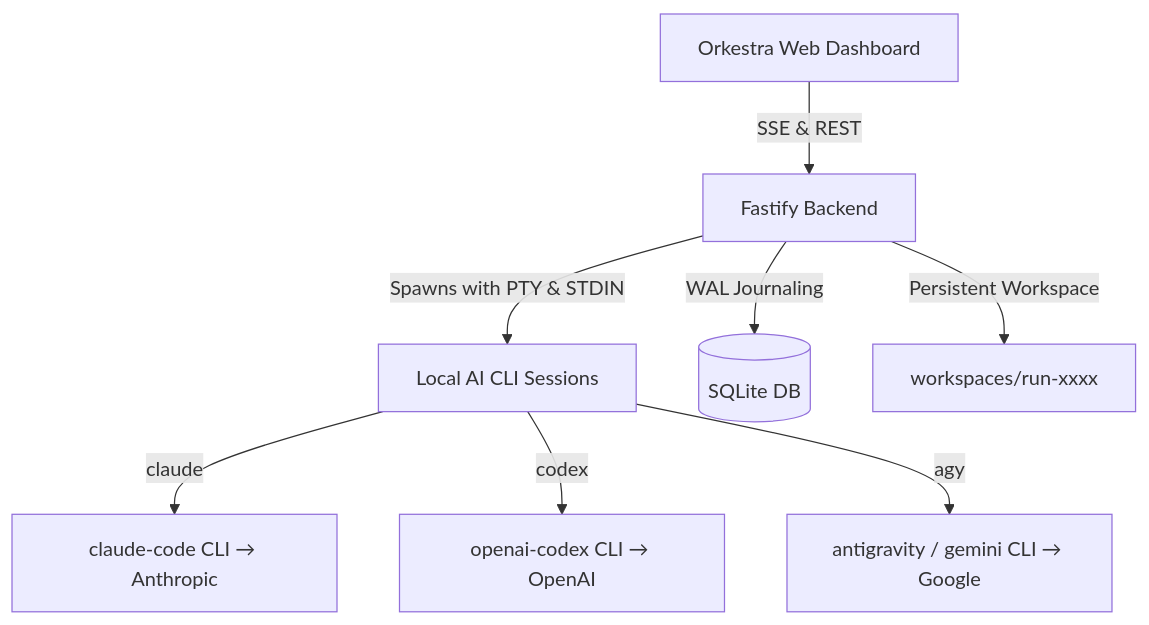
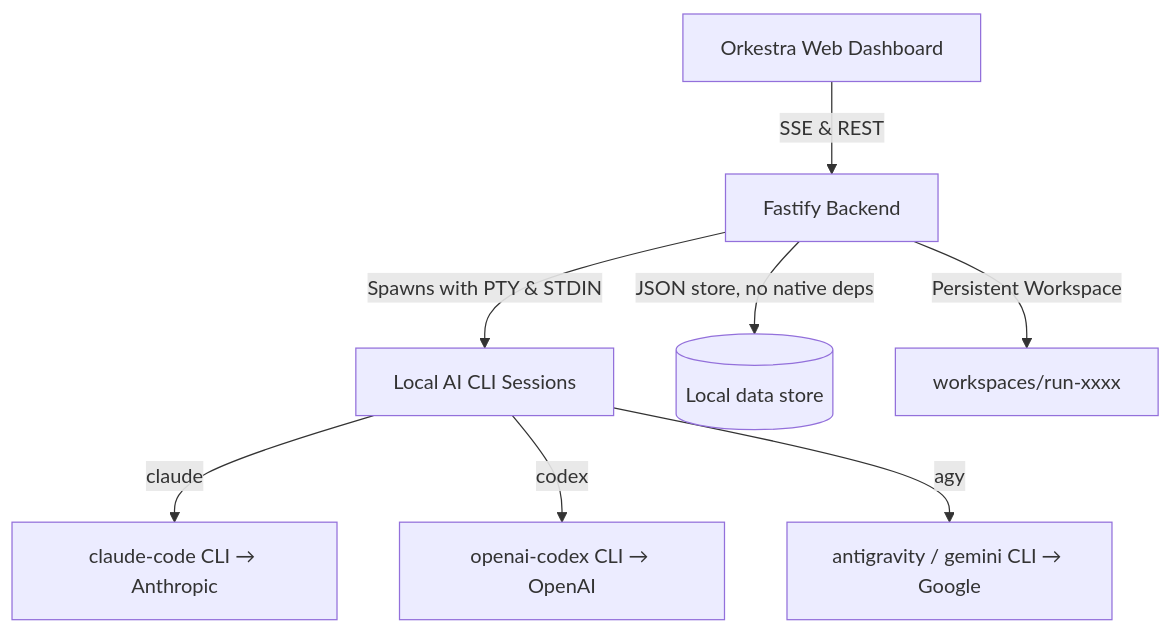
The diagram in README.md (agopalareddy/Orkestra-CLI), drawn with Mermaid before and after one commit. The commit also changed other lines of this file and 1 other file, not shown here.

First line of the commit message:
docs: add Cost & Efficiency analysis (API vs CLI) with sourced data

````diff
--- a/README.md
+++ b/README.md
@@ -140,10 +160,10 @@
 ```mermaid
 graph TD
     UI[Orkestra Web Dashboard] -->|SSE & REST| Backend[Fastify Backend]
     Backend -->|Spawns with PTY & STDIN| CLI[Local AI CLI Sessions]
     CLI -->|claude| C1[claude-code CLI → Anthropic]
     CLI -->|codex| C2[openai-codex CLI → OpenAI]
     CLI -->|agy| C3[antigravity / gemini CLI → Google]
-    Backend -->|WAL Journaling| DB[(SQLite DB)]
+    Backend -->|JSON store, no native deps| DB[(Local data store)]
     Backend -->|Persistent Workspace| WS[workspaces/run-xxxx]
 ```
````
